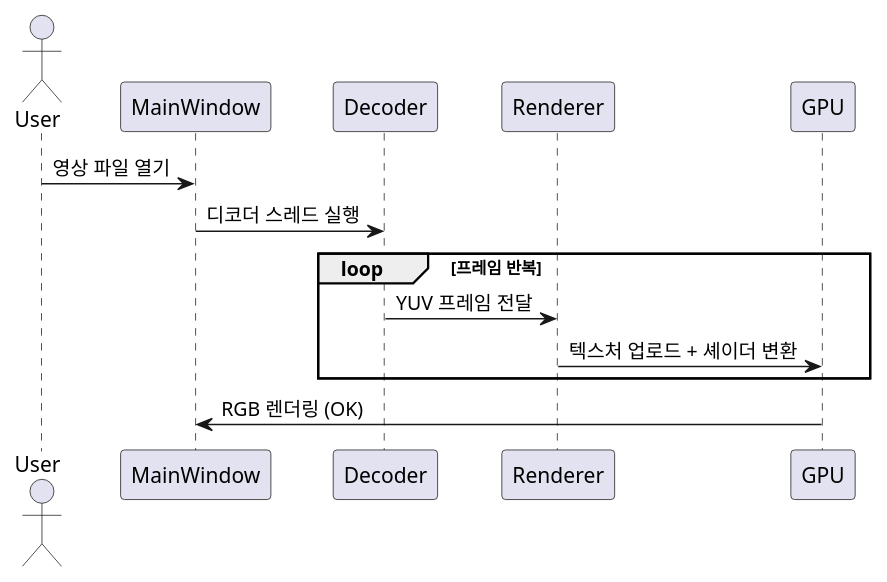
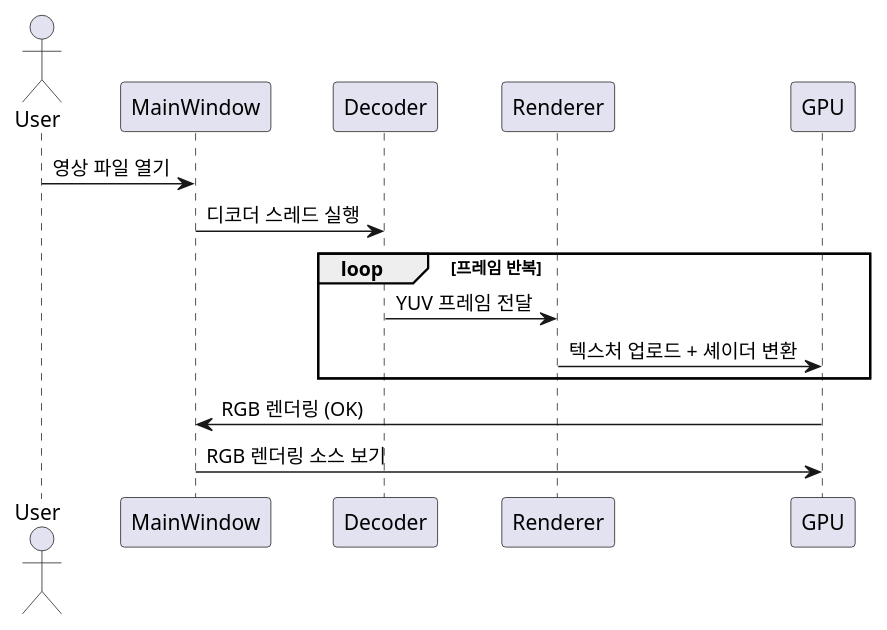
Before and after one commit to mhjang22/First-My-Project: the diagram in 동영상재생기.puml, drawn with PlantUML.

Commit message:
3rd commit

```diff
--- a/동영상재생기.puml
+++ b/동영상재생기.puml
@@ -1,16 +1,18 @@
 @startuml
 actor User
 participant MainWindow
 participant Decoder
 participant Renderer
 participant GPU
 
 User -> MainWindow : 영상 파일 열기
 MainWindow -> Decoder : 디코더 스레드 실행
 loop 프레임 반복
   Decoder -> Renderer : YUV 프레임 전달
   Renderer -> GPU : 텍스처 업로드 + 셰이더 변환
 end
 GPU -> MainWindow : RGB 렌더링 (OK)
 
+MainWindow -> GPU : RGB 렌더링 소스 보기
+
 @enduml
```
